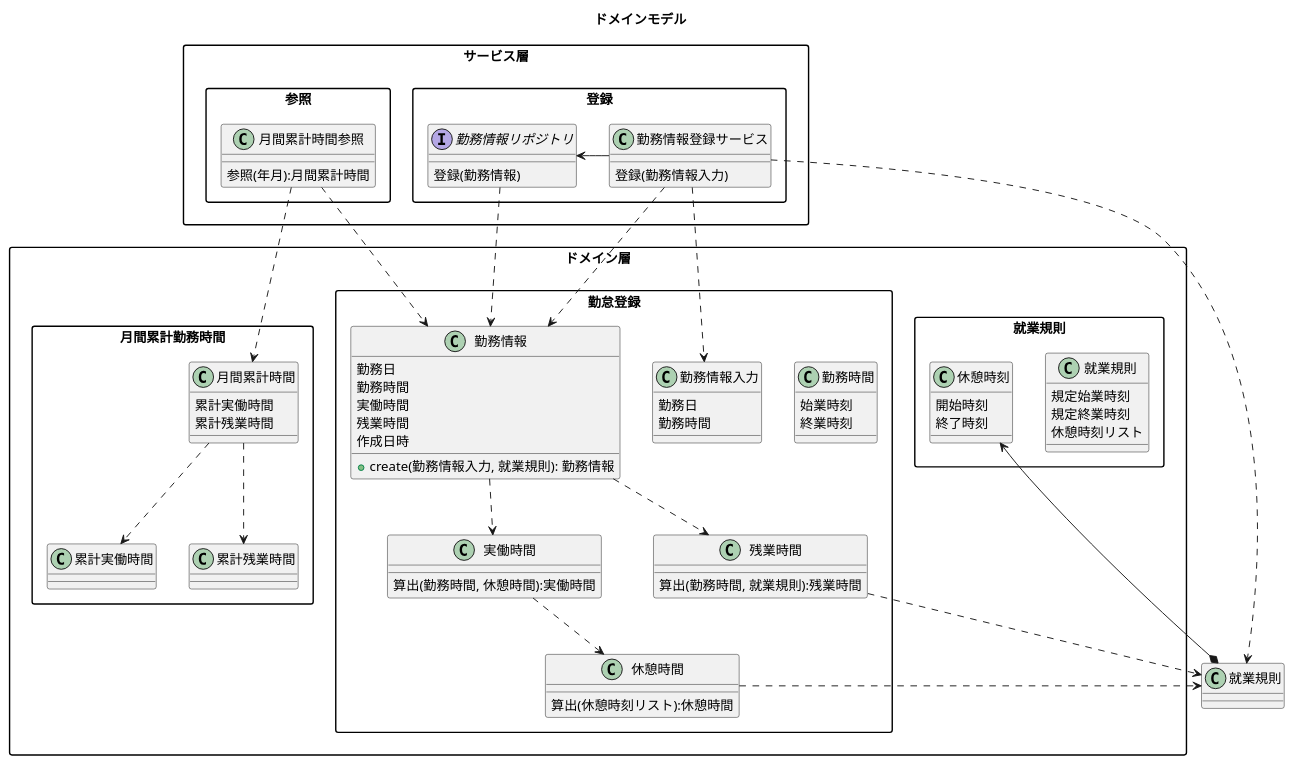
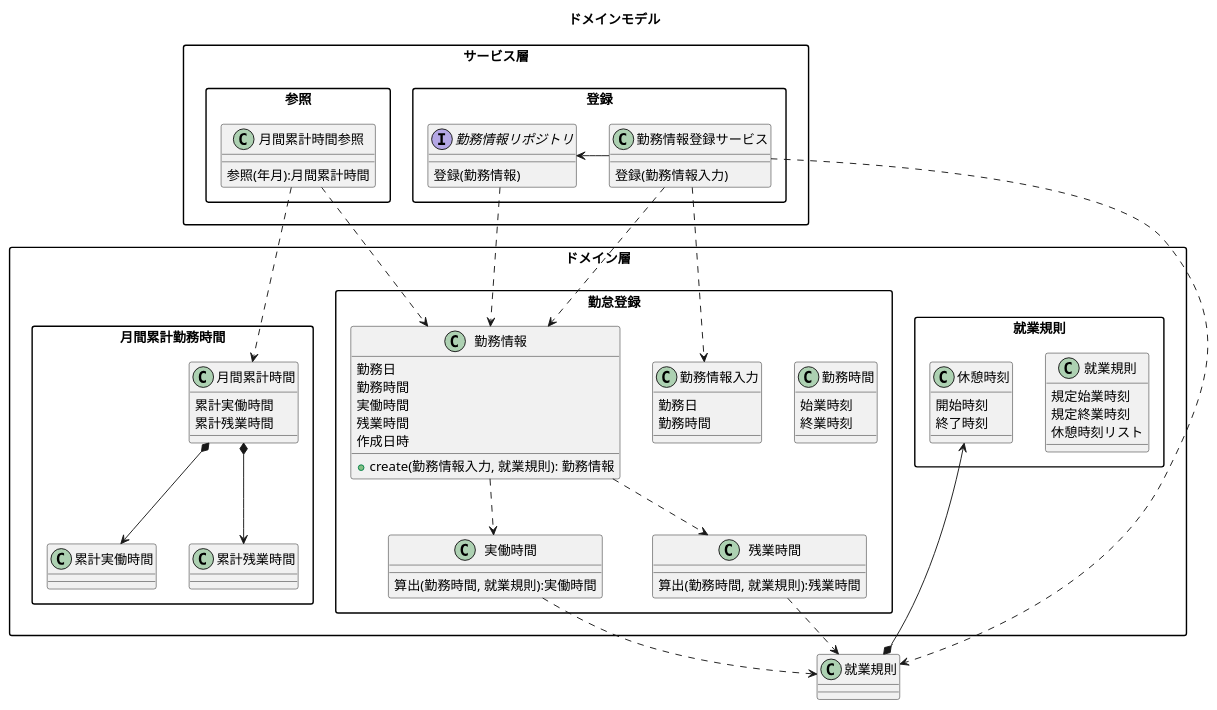
Before and after one commit to biglobe-isp/kintai: the diagram in etc/design/domainmodel.pu, drawn with PlantUML. The commit also changed 1 other file, not shown here.

```diff
--- a/etc/design/domainmodel.pu
+++ b/etc/design/domainmodel.pu
@@ -1,128 +1,124 @@
 @startuml kintai
 skinparam PackageStyle rectangle
 title ドメインモデル
 
 package サービス層 {
   package 登録 {
     class 勤務情報登録サービス {
       登録(勤務情報入力)
     }
 
 
     interface 勤務情報リポジトリ {
       登録(勤務情報)
     }
   }
 
   package 参照 {
     class 月間累計時間参照 {
       参照(年月):月間累計時間
     }
   }
 }
 
 package ドメイン層 {
   package 勤怠登録 {
 
     class 勤務時間 {
       始業時刻
       終業時刻
     }
 
     class 実働時間 {
-      算出(勤務時間, 休憩時間):実働時間
+      算出(勤務時間, 就業規則):実働時間
     }
 
     class 残業時間 {
       算出(勤務時間, 就業規則):残業時間
     }
 
     ' class 勤務情報 {
     '   日付
     '   実働時間
     '   残業時間
     ' }
     ' https://github.com/biglobe-isp/themis/issues/1#issuecomment-1439452223
 
     class 勤務情報 {
       勤務日
       勤務時間
       実働時間
       残業時間
       作成日時
     }
 
     class 勤務情報 {
       + create(勤務情報入力, 就業規則): 勤務情報
     }
 
     class 勤務情報入力 {
       勤務日
       勤務時間
     }
 
     ' class 勤務情報ファクトリー {
     '   + create(勤務日，始業時刻，終業時刻): 勤務情報
     ' }
     ' オブジェクト生成に、引数以外で必要な情報があるか？
     ' オブジェクトの生成は、引数だけで完結するか？
     '   外部由来の情報は変更可能性があるか？ 
 
 
-    class 休憩時間 {
-      算出(休憩時刻リスト):休憩時間
-    }
+    ' class 休憩時間 {
+    '   算出(休憩時刻リスト):休憩時間
+    ' }
 
   }
 
   package 就業規則 {
     class 就業規則 {
       規定始業時刻
       規定終業時刻
       休憩時刻リスト
     }
 
     class 休憩時刻 {
       開始時刻
       終了時刻
     }
   }
 
   package 月間累計勤務時間{
 
     class 月間累計時間 {
       累計実働時間
       累計残業時間
     }
 
     class 累計実働時間 {}
     class 累計残業時間 {}
   }
-
 }
 
 
 勤務情報登録サービス ..> 勤務情報
 勤務情報登録サービス ..> 勤務情報入力
 勤務情報登録サービス -> 勤務情報リポジトリ
 勤務情報登録サービス ..> 就業規則
 勤務情報リポジトリ ..> 勤務情報
 
-' 勤務情報 *--> 実働時間
 勤務情報 ..> 実働時間
 勤務情報 ..> 残業時間
 月間累計時間参照 ..> 月間累計時間
 月間累計時間参照 ..> 勤務情報 
-休憩時間 ..> 就業規則
+' 休憩時間 ..> 就業規則
 就業規則 *--> 休憩時刻
-' 実働時間 ..> 勤務時間 
-実働時間 ..> 休憩時間 
-' 残業時間 ..> 勤務時間
+実働時間 ..> 就業規則
 残業時間 ..> 就業規則 
-月間累計時間 ..> 累計実働時間
-月間累計時間 ..> 累計残業時間
+月間累計時間 *--> 累計実働時間
+月間累計時間 *--> 累計残業時間
 ' 勤務登録情報 <-- 月間累計時間  登録は勤務時間算出と残業時間
 ' 就業規則が必要  実働時間と残業時間を算出する
 ' サービス層もかく、参照と登録わける
 ' 何を永続化するか
 @enduml
```
